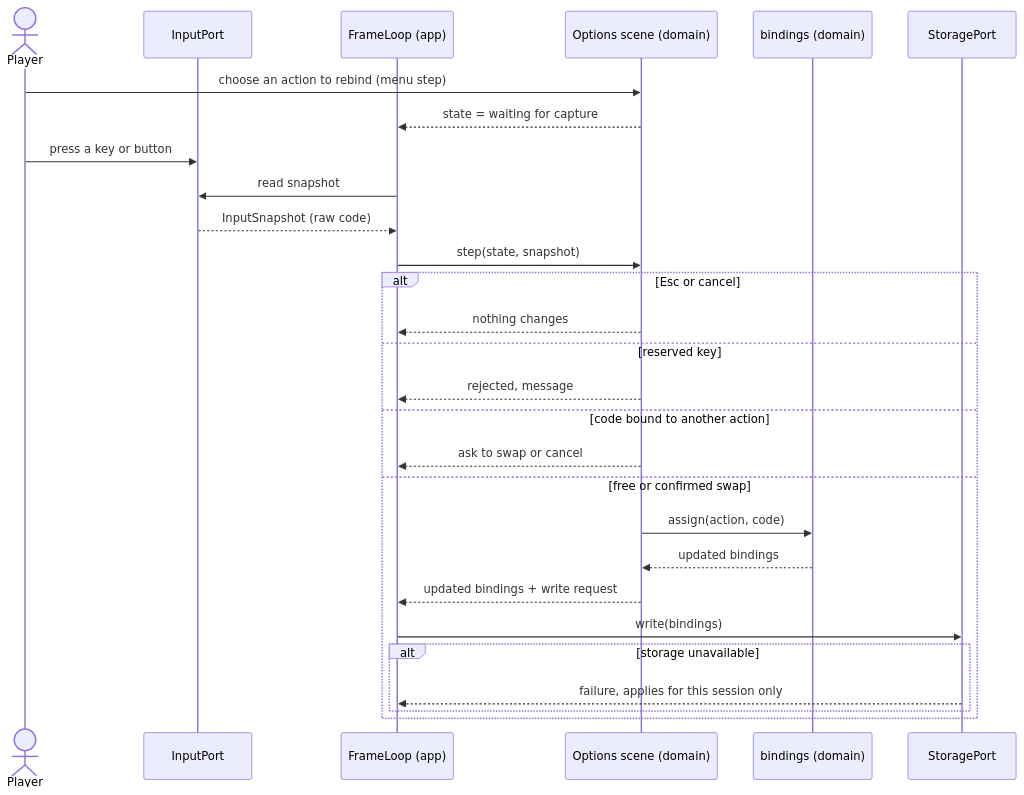
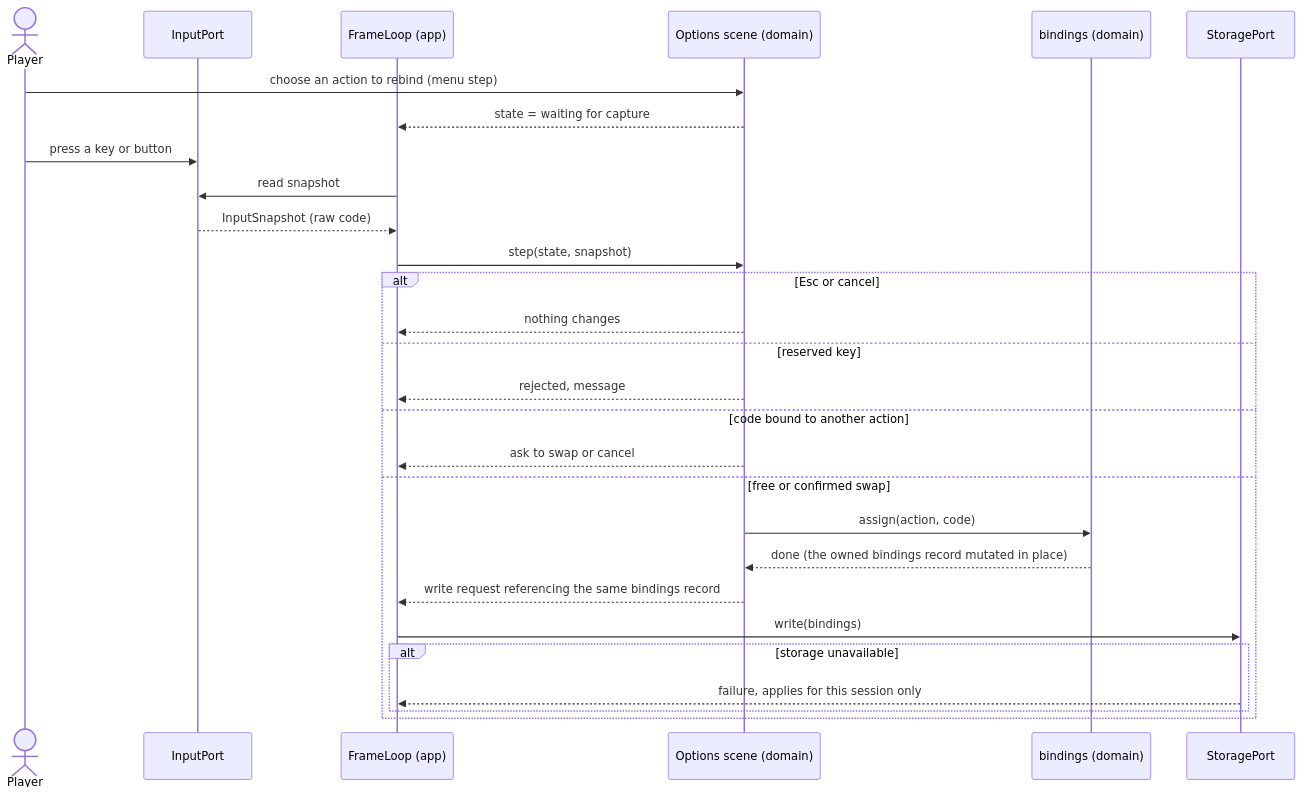
The diagram in docs/architecture/diagrams/meta/08-sequence-rebind.md (benoit-bremaud/retro-plumber), drawn with Mermaid before and after one commit. The commit also changed 10 other files, not shown here.

First line of the commit message:
docs(uml): structure — meta classes, tick data-flow, component and class fixes (#26)

````diff
--- a/docs/architecture/diagrams/meta/08-sequence-rebind.md
+++ b/docs/architecture/diagrams/meta/08-sequence-rebind.md
@@ -12,30 +12,30 @@
 ```mermaid
 sequenceDiagram
     actor P as Player
     participant In as InputPort
     participant FL as FrameLoop (app)
     participant Scene as Options scene (domain)
     participant Bind as bindings (domain)
     participant Store as StoragePort
     P->>Scene: choose an action to rebind (menu step)
     Scene-->>FL: state = waiting for capture
     P->>In: press a key or button
     FL->>In: read snapshot
     In-->>FL: InputSnapshot (raw code)
     FL->>Scene: step(state, snapshot)
     alt Esc or cancel
         Scene-->>FL: nothing changes
     else reserved key
         Scene-->>FL: rejected, message
     else code bound to another action
         Scene-->>FL: ask to swap or cancel
     else free or confirmed swap
         Scene->>Bind: assign(action, code)
-        Bind-->>Scene: updated bindings
-        Scene-->>FL: updated bindings + write request
+        Bind-->>Scene: done (the owned bindings record mutated in place)
+        Scene-->>FL: write request referencing the same bindings record
         FL->>Store: write(bindings)
         alt storage unavailable
             Store-->>FL: failure, applies for this session only
         end
     end
 ```
````
